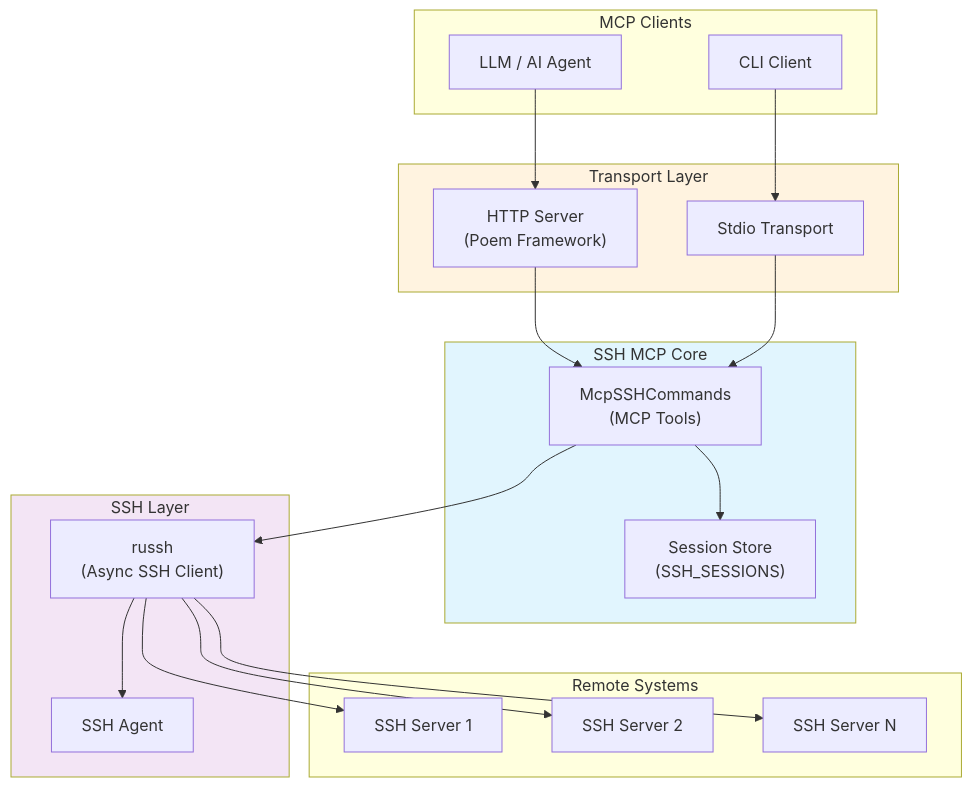
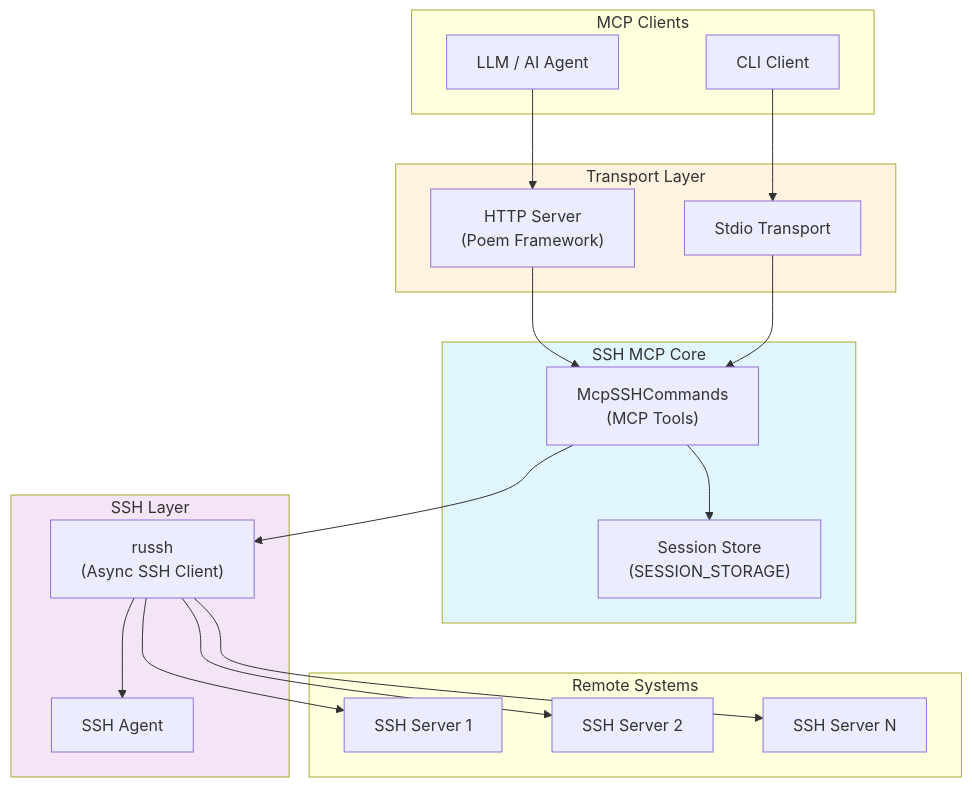
The first of 11 diagrams in docs/ARCHITECTURE.md (farchanjo/ssh-mcp), drawn with Mermaid before and after one commit. The commit also changed other lines of this file and 2 other files, not shown here.

````diff
--- a/docs/ARCHITECTURE.md
+++ b/docs/ARCHITECTURE.md
@@ -17,43 +17,43 @@
 ```mermaid
 flowchart TB
     subgraph Clients["MCP Clients"]
         LLM["LLM / AI Agent"]
         CLI["CLI Client"]
     end
 
     subgraph Transport["Transport Layer"]
         HTTP["HTTP Server<br/>(Poem Framework)"]
         STDIO["Stdio Transport"]
     end
 
     subgraph Core["SSH MCP Core"]
         MCP["McpSSHCommands<br/>(MCP Tools)"]
-        Sessions["Session Store<br/>(SSH_SESSIONS)"]
+        Sessions["Session Store<br/>(SESSION_STORAGE)"]
     end
 
     subgraph SSH["SSH Layer"]
         Russh["russh<br/>(Async SSH Client)"]
         Agent["SSH Agent"]
     end
 
     subgraph Remote["Remote Systems"]
         Server1["SSH Server 1"]
         Server2["SSH Server 2"]
         ServerN["SSH Server N"]
     end
 
     LLM --> HTTP
     CLI --> STDIO
     HTTP --> MCP
     STDIO --> MCP
     MCP --> Sessions
     MCP --> Russh
     Russh --> Agent
     Russh --> Server1
     Russh --> Server2
     Russh --> ServerN
 
     style Core fill:#e1f5fe
     style Transport fill:#fff3e0
     style SSH fill:#f3e5f5
 ```
````
